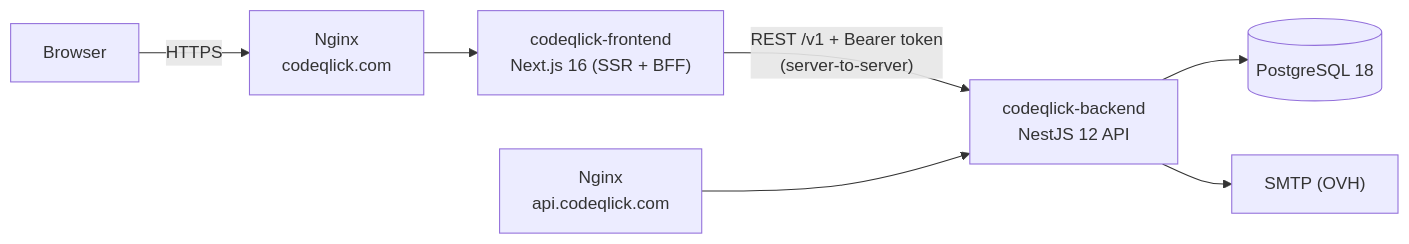
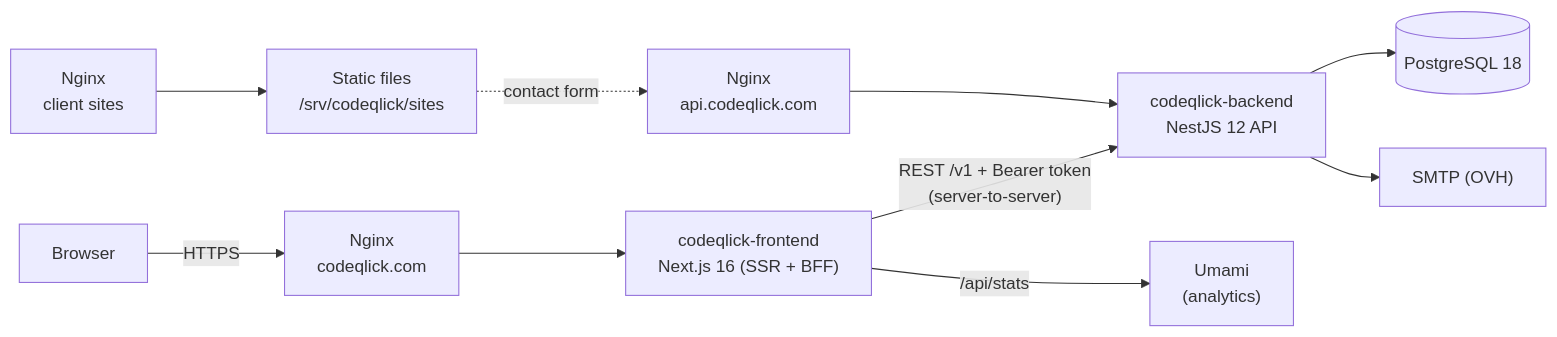
Before and after one commit to Codeqlick/Codeqlick: the first of 3 diagrams in docs/architecture.md, drawn with Mermaid. The commit also changed other lines of this file and 6 other files, not shown here.

````diff
--- a/docs/architecture.md
+++ b/docs/architecture.md
@@ -9,9 +9,12 @@
 ```mermaid
 flowchart LR
   B["Browser"] -->|HTTPS| N["Nginx<br>codeqlick.com"]
   N --> W["codeqlick-frontend<br>Next.js 16 (SSR + BFF)"]
   W -->|"REST /v1 + Bearer token<br>(server-to-server)"| A["codeqlick-backend<br>NestJS 12 API"]
   A --> P[("PostgreSQL 18")]
   A --> M["SMTP (OVH)"]
   N2["Nginx<br>api.codeqlick.com"] --> A
+  W -->|"/api/stats"| U["Umami<br>(analytics)"]
+  N3["Nginx<br>client sites"] --> S["Static files<br>/srv/codeqlick/sites"]
+  S -.->|"contact form"| N2
 ```
````
